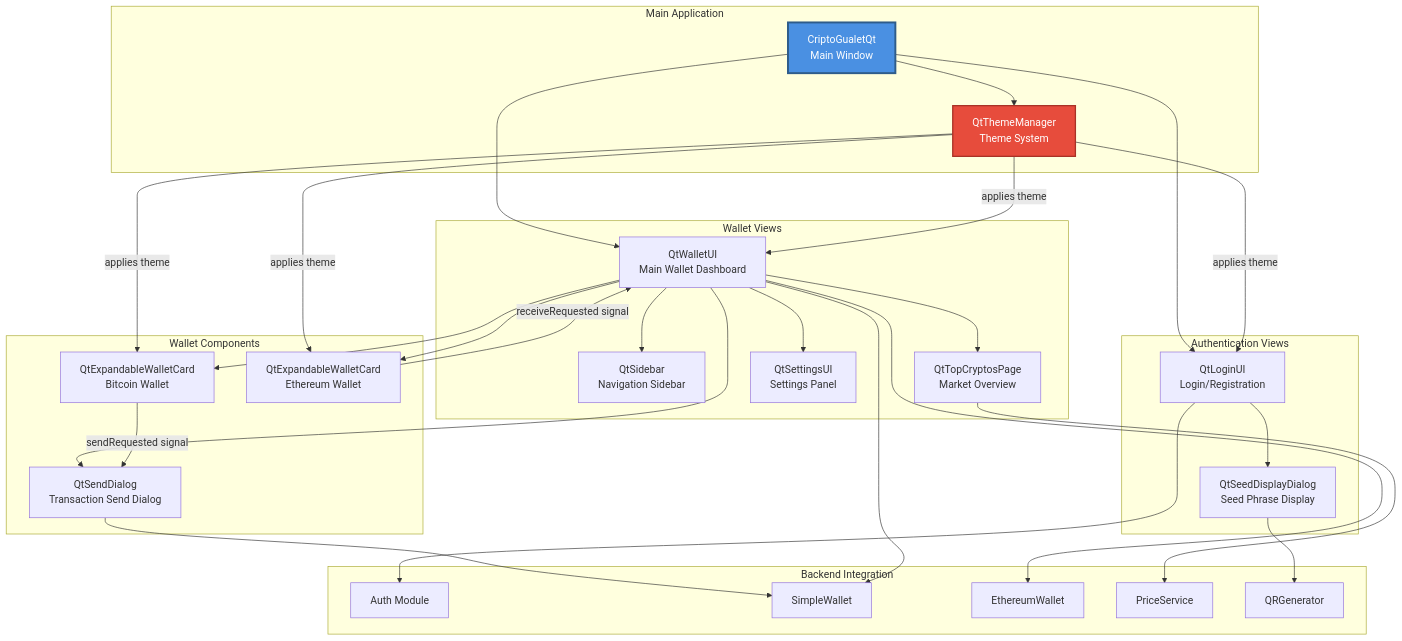
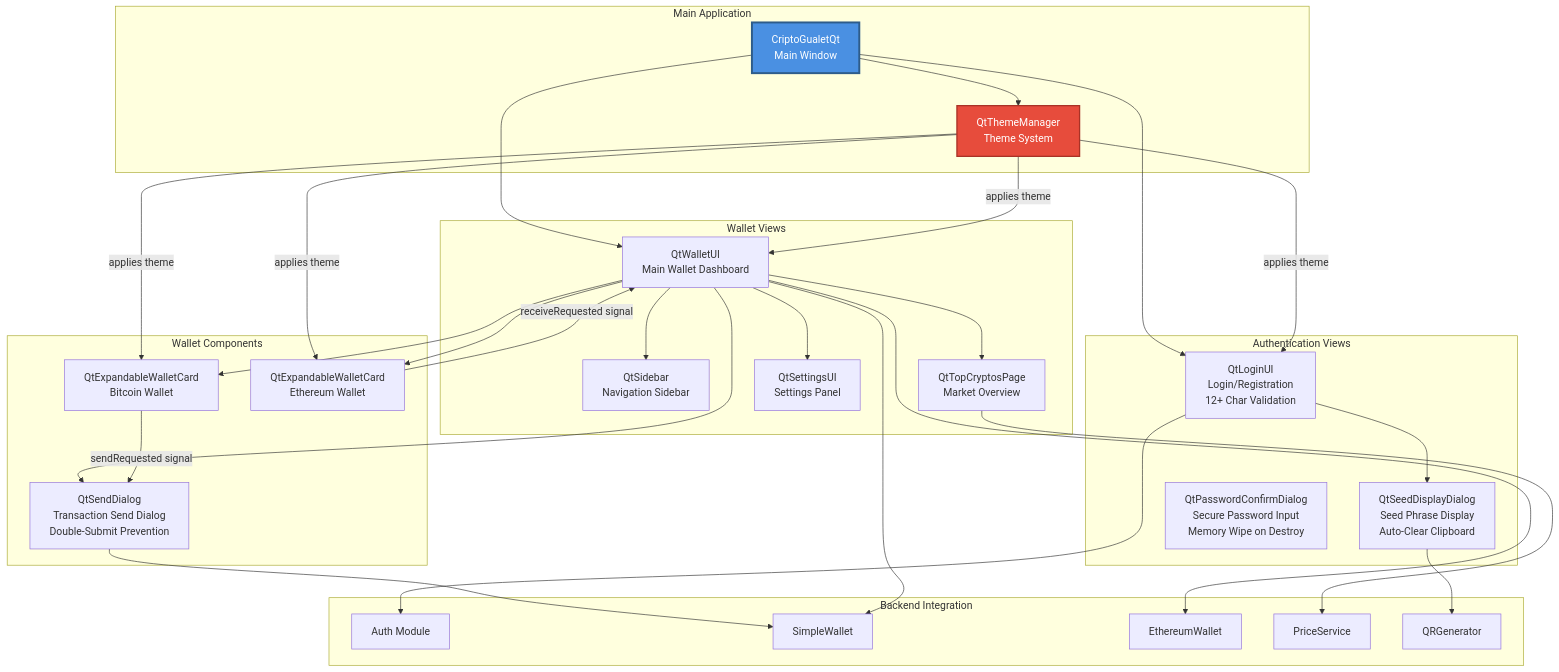
Before and after one commit to erickherrera/CriptoGualet: the fourth of 9 diagrams in ProjectGuides/SYSTEM_ARCHITECTURE.md, drawn with Mermaid. The commit also changed other lines of this file, not shown here.

Commit message:
updated system architecture guide

````diff
--- a/ProjectGuides/SYSTEM_ARCHITECTURE.md
+++ b/ProjectGuides/SYSTEM_ARCHITECTURE.md
@@ -245,64 +257,65 @@
 ```mermaid
 graph TB
     subgraph "Main Application"
         CriptoGualetQt[CriptoGualetQt<br/>Main Window]
         ThemeManager[QtThemeManager<br/>Theme System]
     end
 
     subgraph "Authentication Views"
-        QtLoginUI[QtLoginUI<br/>Login/Registration]
-        SeedDialog[QtSeedDisplayDialog<br/>Seed Phrase Display]
+        QtLoginUI[QtLoginUI<br/>Login/Registration<br/>12+ Char Validation]
+        SeedDialog[QtSeedDisplayDialog<br/>Seed Phrase Display<br/>Auto-Clear Clipboard]
+        PasswordDialog[QtPasswordConfirmDialog<br/>Secure Password Input<br/>Memory Wipe on Destroy]
     end
 
     subgraph "Wallet Views"
         QtWalletUI[QtWalletUI<br/>Main Wallet Dashboard]
         QtSidebar[QtSidebar<br/>Navigation Sidebar]
         QtTopCryptos[QtTopCryptosPage<br/>Market Overview]
         QtSettings[QtSettingsUI<br/>Settings Panel]
     end
 
     subgraph "Wallet Components"
         BTCCard[QtExpandableWalletCard<br/>Bitcoin Wallet]
         ETHCard[QtExpandableWalletCard<br/>Ethereum Wallet]
-        SendDialog[QtSendDialog<br/>Transaction Send Dialog]
+        SendDialog[QtSendDialog<br/>Transaction Send Dialog<br/>Double-Submit Prevention]
     end
 
     subgraph "Backend Integration"
         Auth[Auth Module]
         SimpleWallet[SimpleWallet]
         EthereumWallet[EthereumWallet]
         PriceService[PriceService]
         QRGenerator[QRGenerator]
     end
 
     CriptoGualetQt --> QtLoginUI
     CriptoGualetQt --> QtWalletUI
     CriptoGualetQt --> ThemeManager
 
     QtLoginUI --> SeedDialog
     QtLoginUI --> Auth
 
     QtWalletUI --> QtSidebar
     QtWalletUI --> QtTopCryptos
     QtWalletUI --> QtSettings
     QtWalletUI --> BTCCard
     QtWalletUI --> ETHCard
     QtWalletUI --> SendDialog
 
     BTCCard -->|sendRequested signal| SendDialog
     ETHCard -->|receiveRequested signal| QtWalletUI
 
     SendDialog --> SimpleWallet
     QtWalletUI --> SimpleWallet
     QtWalletUI --> EthereumWallet
     QtTopCryptos --> PriceService
     SeedDialog --> QRGenerator
 
     ThemeManager -->|applies theme| QtLoginUI
     ThemeManager -->|applies theme| QtWalletUI
     ThemeManager -->|applies theme| BTCCard
     ThemeManager -->|applies theme| ETHCard
 
     style CriptoGualetQt fill:#4A90E2,stroke:#2E5C8A,stroke-width:3px,color:#fff
     style ThemeManager fill:#E74C3C,stroke:#A93226,stroke-width:2px,color:#fff
 ```
````
